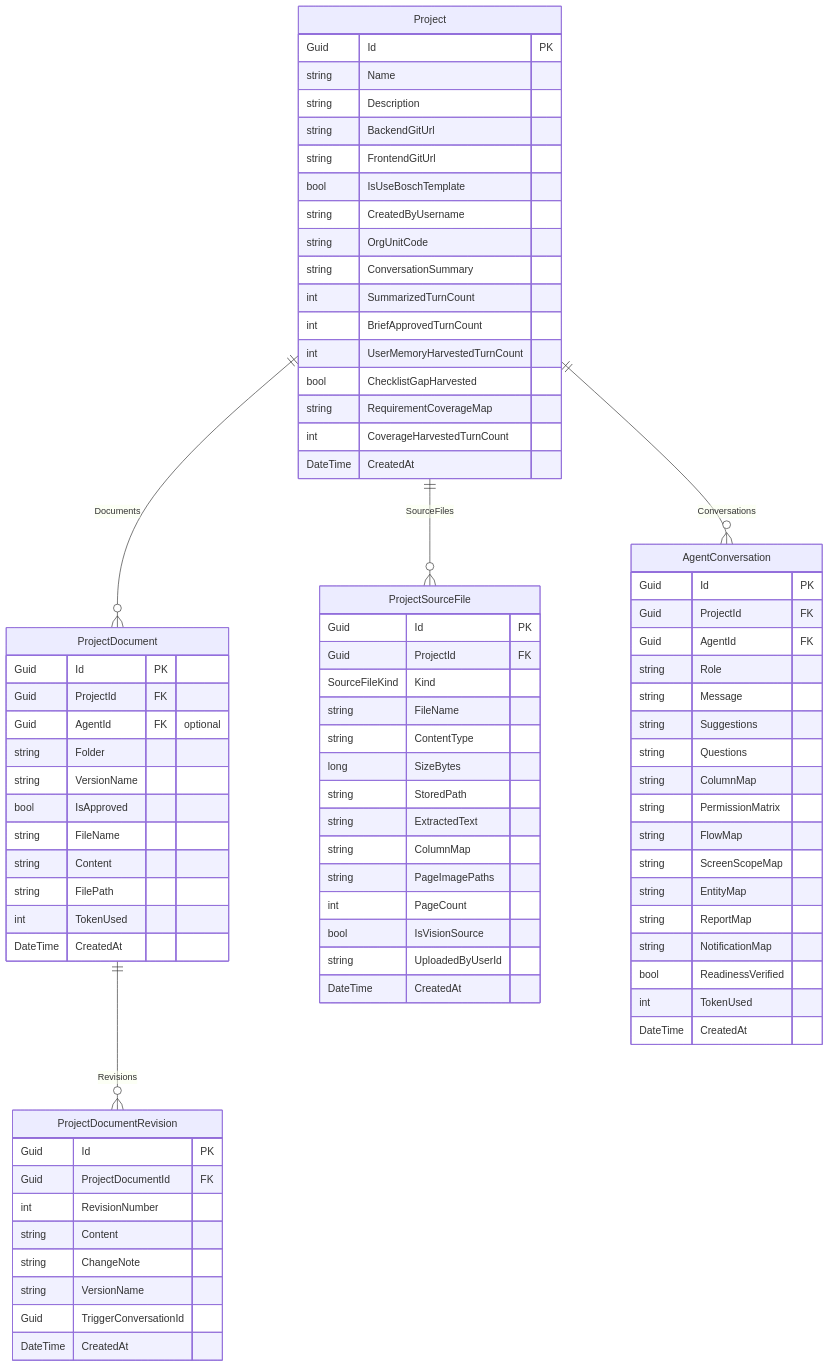
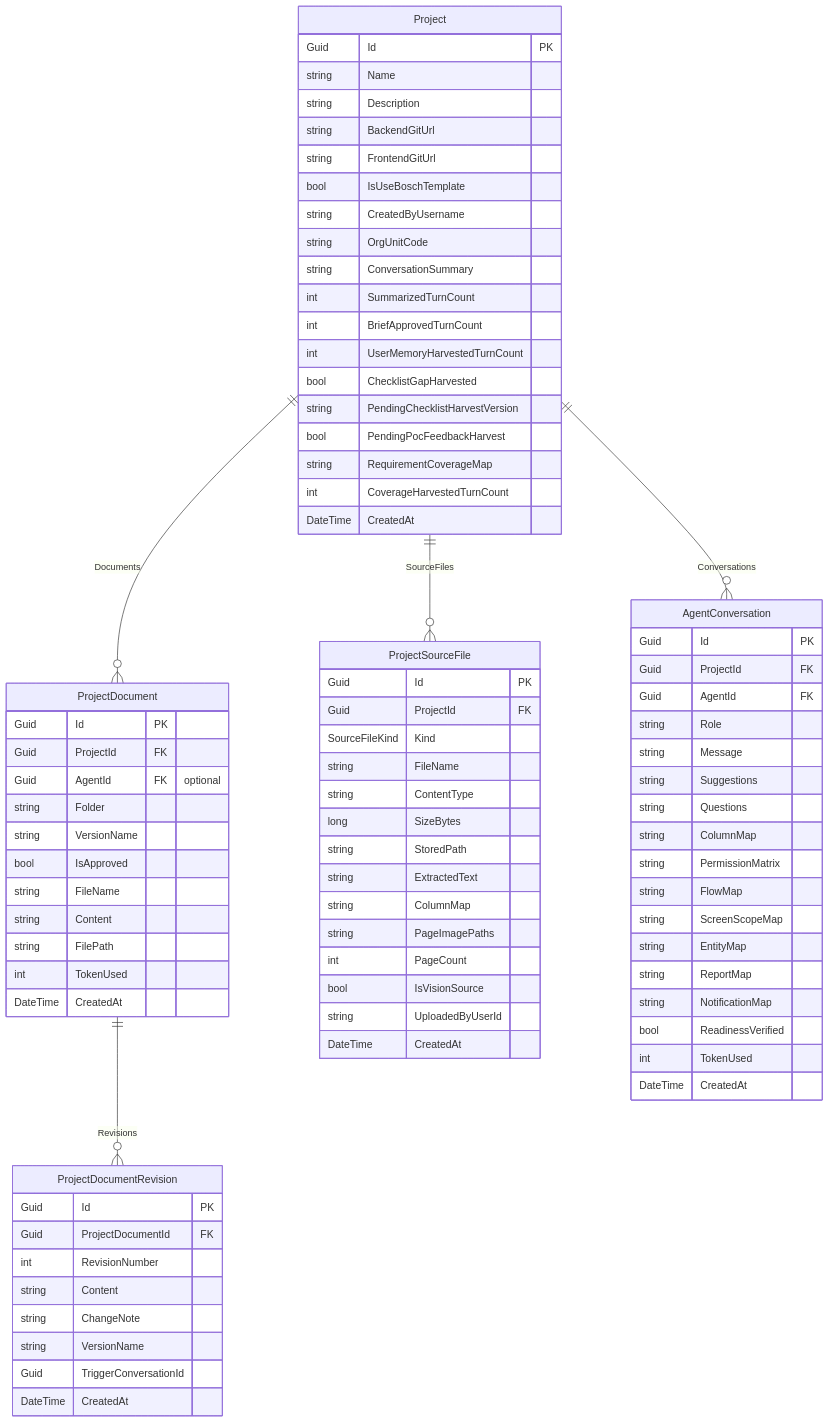
The second of 9 diagrams in docs/data-model.md (Songlong0506/ICOGenerator-v4), drawn with Mermaid before and after one commit. The commit also changed other lines of this file and 25 other files, not shown here.

```diff
--- a/docs/data-model.md
+++ b/docs/data-model.md
@@ -107,6 +107,8 @@
         int BriefApprovedTurnCount
         int UserMemoryHarvestedTurnCount
         bool ChecklistGapHarvested
+        string PendingChecklistHarvestVersion
+        bool PendingPocFeedbackHarvest
         string RequirementCoverageMap
         int CoverageHarvestedTurnCount
         DateTime CreatedAt
```
